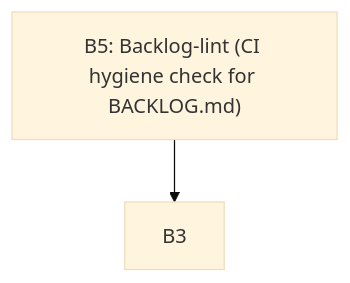
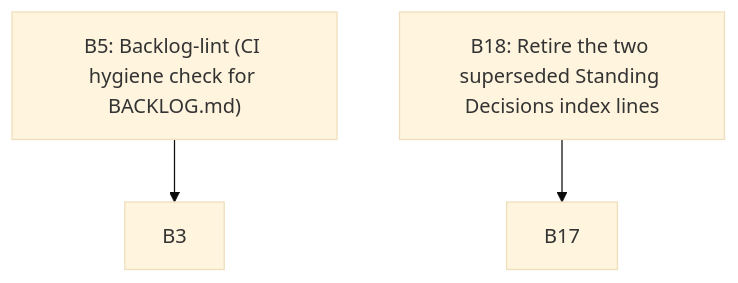
Before and after one commit to CAMELS-Research-Group/lab-os: the diagram in docs/backlog-views.md, drawn with Mermaid (base theme). The commit also changed other lines of this file, not shown here.

````diff
--- a/docs/backlog-views.md
+++ b/docs/backlog-views.md
@@ -32,4 +51,5 @@
 ```mermaid
 graph TD
   B5["B5: Backlog-lint (CI hygiene check for BACKLOG.md)"] --> B3
+  B18["B18: Retire the two superseded Standing Decisions index lines"] --> B17
 ```
````
